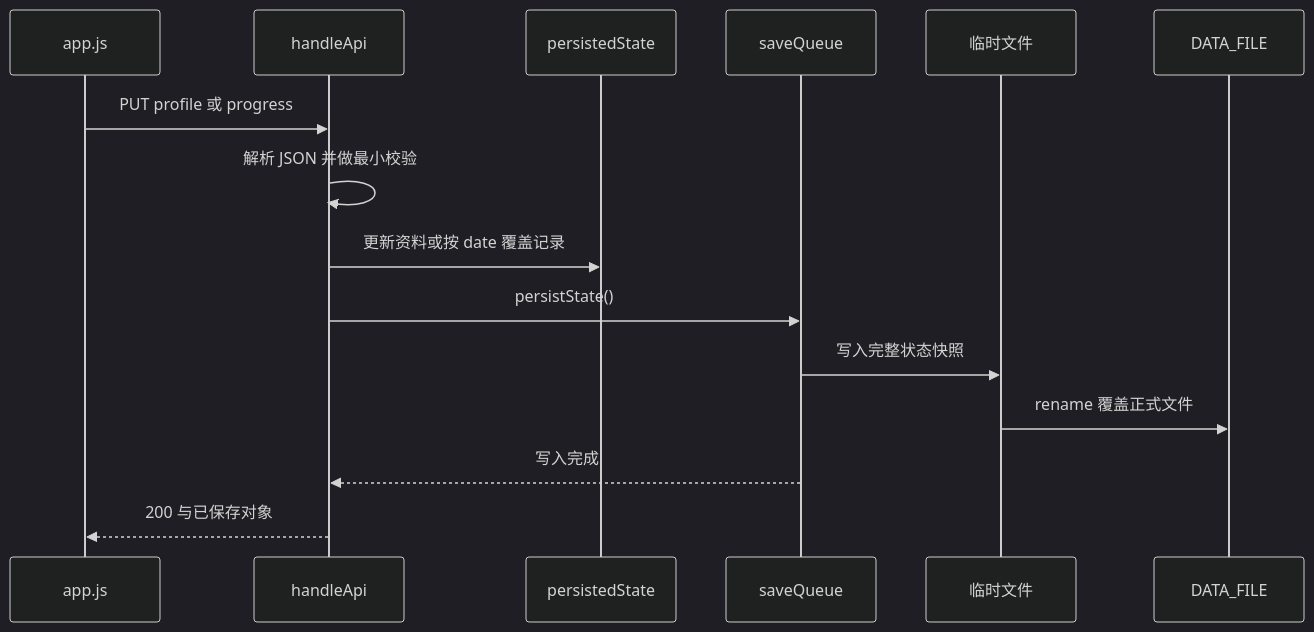
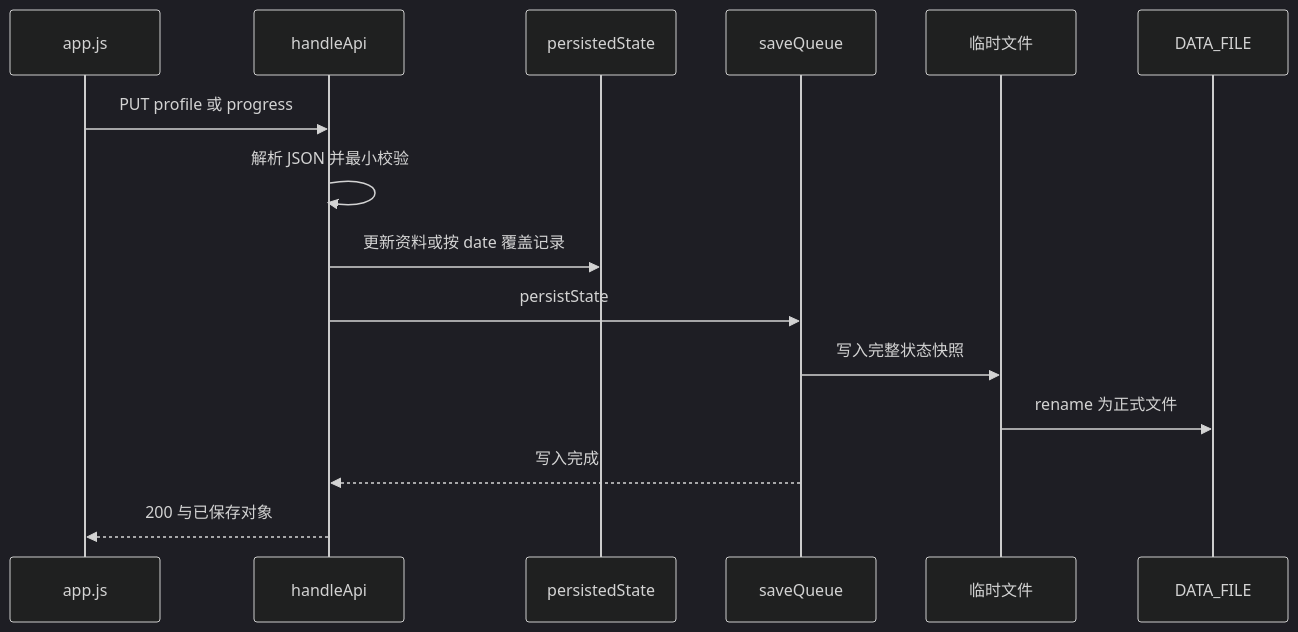
The third of 3 diagrams in docs/codinghub/flows.md (guccang/yuanbao), drawn with Mermaid (dark theme) before and after one commit. The commit also changed other lines of this file and 3 other files, not shown here.

Commit message:
codinghub(run_ce46aa55-a059-4023-a26f-5c6cb23986c4): 已仅更新 docs/codinghub/overview.md、architecture.md、flows.md、development.md：基于当前仓库真实的源码与配置补全项目概览、模块边界与数据结构、运行链路和开发维护说明，文档均为无 BOM 的 UTF-8，并包含标准 Mermaid 图及相互链接；已修正无法由仓库证实的旧引用。语法检查未执行，因为当前环境未安装 node。

````diff
--- a/docs/codinghub/flows.md
+++ b/docs/codinghub/flows.md
@@ -89,18 +80,18 @@
 ```mermaid
 sequenceDiagram
     participant A as app.js
     participant H as handleApi
     participant M as persistedState
     participant Q as saveQueue
     participant T as 临时文件
     participant F as DATA_FILE
 
     A->>H: PUT profile 或 progress
-    H->>H: 解析 JSON 并做最小校验
+    H->>H: 解析 JSON 并最小校验
     H->>M: 更新资料或按 date 覆盖记录
-    H->>Q: persistState()
+    H->>Q: persistState
     Q->>T: 写入完整状态快照
-    T->>F: rename 覆盖正式文件
+    T->>F: rename 为正式文件
     Q-->>H: 写入完成
     H-->>A: 200 与已保存对象
 ```
````
